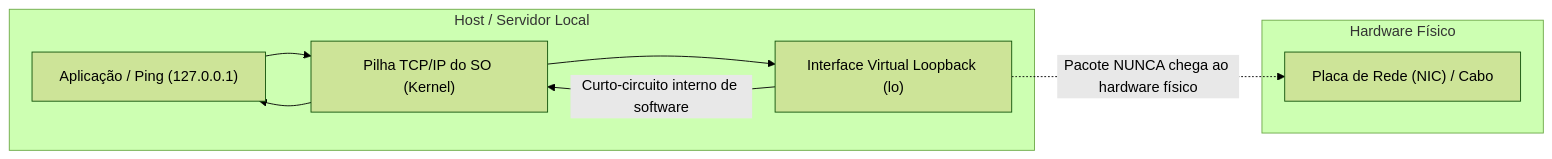
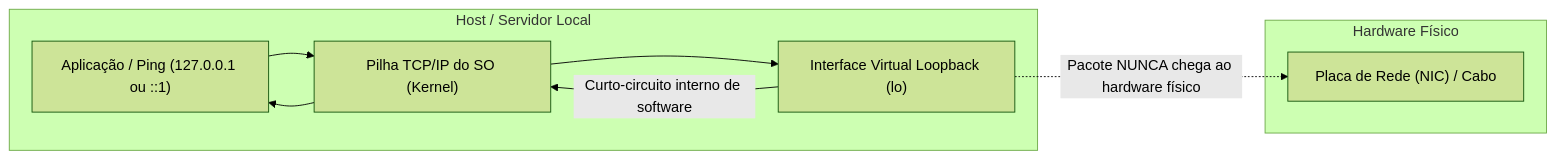
Diagram 17 of 18 in 04-solucoes-tecnologicas-para-cloud-e-redes/00-meu-caderno.md (carloshenriquedutra/computer-science), drawn with Mermaid (forest theme) before and after one commit. The commit also changed other lines of this file, not shown here.

````diff
--- a/04-solucoes-tecnologicas-para-cloud-e-redes/00-meu-caderno.md
+++ b/04-solucoes-tecnologicas-para-cloud-e-redes/00-meu-caderno.md
@@ -1562,13 +1639,13 @@
 ```mermaid
 flowchart LR
     subgraph HostLocal["Host / Servidor Local"]
-        App["Aplicação / Ping (127.0.0.1)"] --> PilhaIP["Pilha TCP/IP do SO (Kernel)"]
+        App["Aplicação / Ping (127.0.0.1 ou ::1)"] --> PilhaIP["Pilha TCP/IP do SO (Kernel)"]
         PilhaIP --> DriverLo["Interface Virtual Loopback (lo)"]
         DriverLo -->|Curto-circuito interno de software| PilhaIP
         PilhaIP --> App
     end
     subgraph HardwareRede["Hardware Físico"]
         NIC["Placa de Rede (NIC) / Cabo"]
     end
     DriverLo -.->|Pacote NUNCA chega ao hardware físico| NIC
 ```
````
